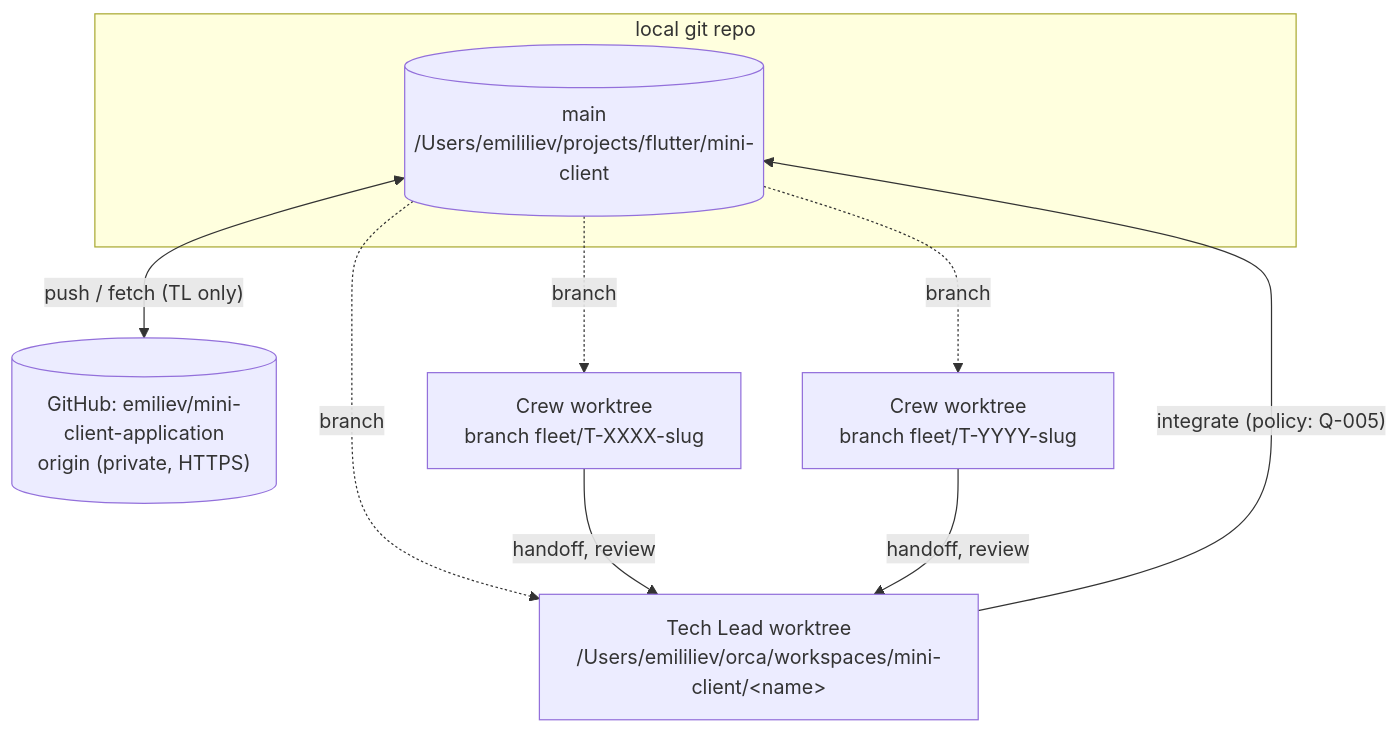
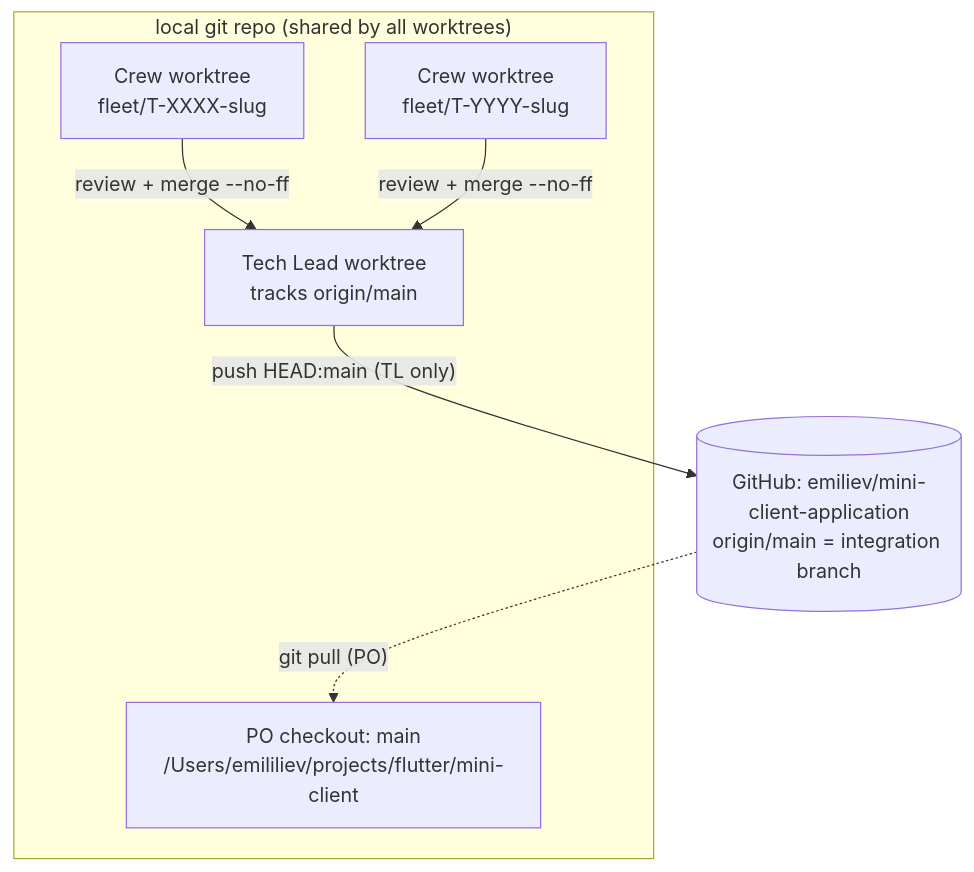
One commit to emiliev/mini-client-application changed the second of 2 diagrams in documents/architecture/overview.md. Above: the diagram before and after it, drawn with Mermaid. The commit also changed other lines of this file and 23 other files, not shown here.

First line of the commit message:
T-0002: Record PO direction, draft charter, add mocked backend ADRs

````diff
--- a/documents/architecture/overview.md
+++ b/documents/architecture/overview.md
@@ -47,17 +58,14 @@
 ```mermaid
 flowchart TB
-    gh[("GitHub: emiliev/mini-client-application<br/>origin (private, HTTPS)")]
-    subgraph repo["local git repo"]
-        main[("main<br/>/Users/emililiev/projects/flutter/mini-client")]
+    gh[("GitHub: emiliev/mini-client-application<br/>origin/main = integration branch")]
+    subgraph local["local git repo (shared by all worktrees)"]
+        pomain["PO checkout: main<br/>/Users/emililiev/projects/flutter/mini-client"]
+        tl["Tech Lead worktree<br/>tracks origin/main"]
+        c1["Crew worktree<br/>fleet/T-XXXX-slug"]
+        c2["Crew worktree<br/>fleet/T-YYYY-slug"]
     end
-    main <-->|"push / fetch (TL only)"| gh
-    tl["Tech Lead worktree<br/>/Users/emililiev/orca/workspaces/mini-client/&lt;name&gt;"]
-    c1["Crew worktree<br/>branch fleet/T-XXXX-slug"]
-    c2["Crew worktree<br/>branch fleet/T-YYYY-slug"]
-    main -.branch.-> tl
-    main -.branch.-> c1
-    main -.branch.-> c2
-    c1 -->|handoff, review| tl
-    c2 -->|handoff, review| tl
-    tl -->|"integrate (policy: Q-005)"| main
+    c1 -->|"review + merge --no-ff"| tl
+    c2 -->|"review + merge --no-ff"| tl
+    tl -->|"push HEAD:main (TL only)"| gh
+    gh -.->|"git pull (PO)"| pomain
 ```
````
